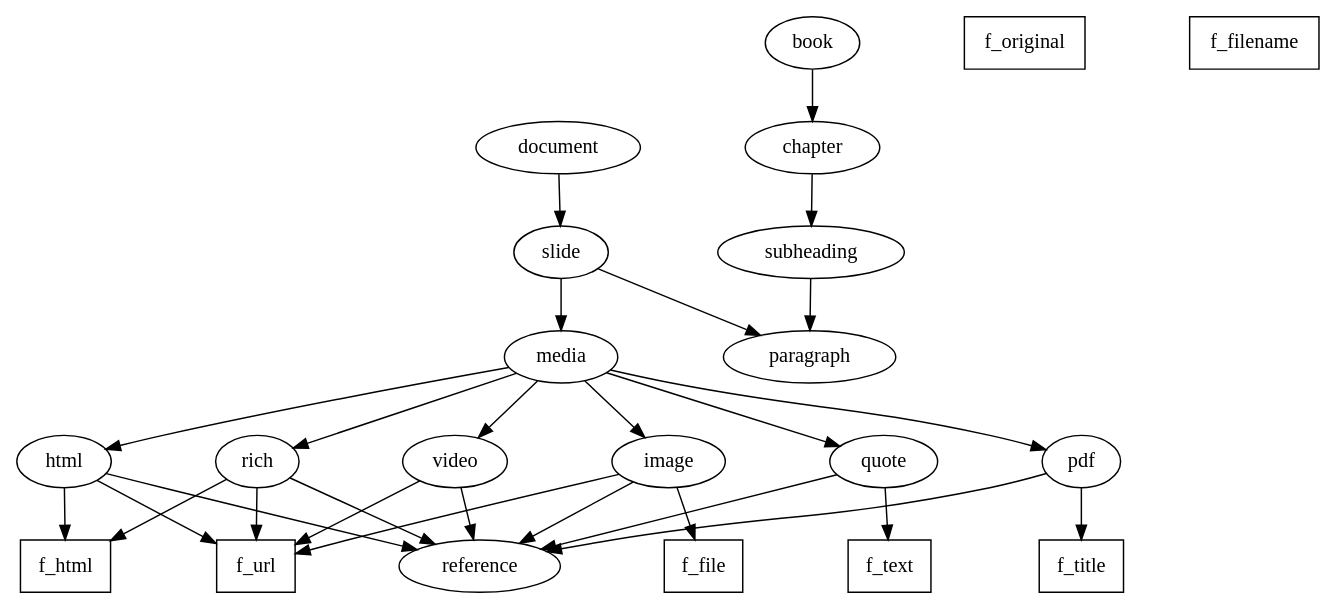
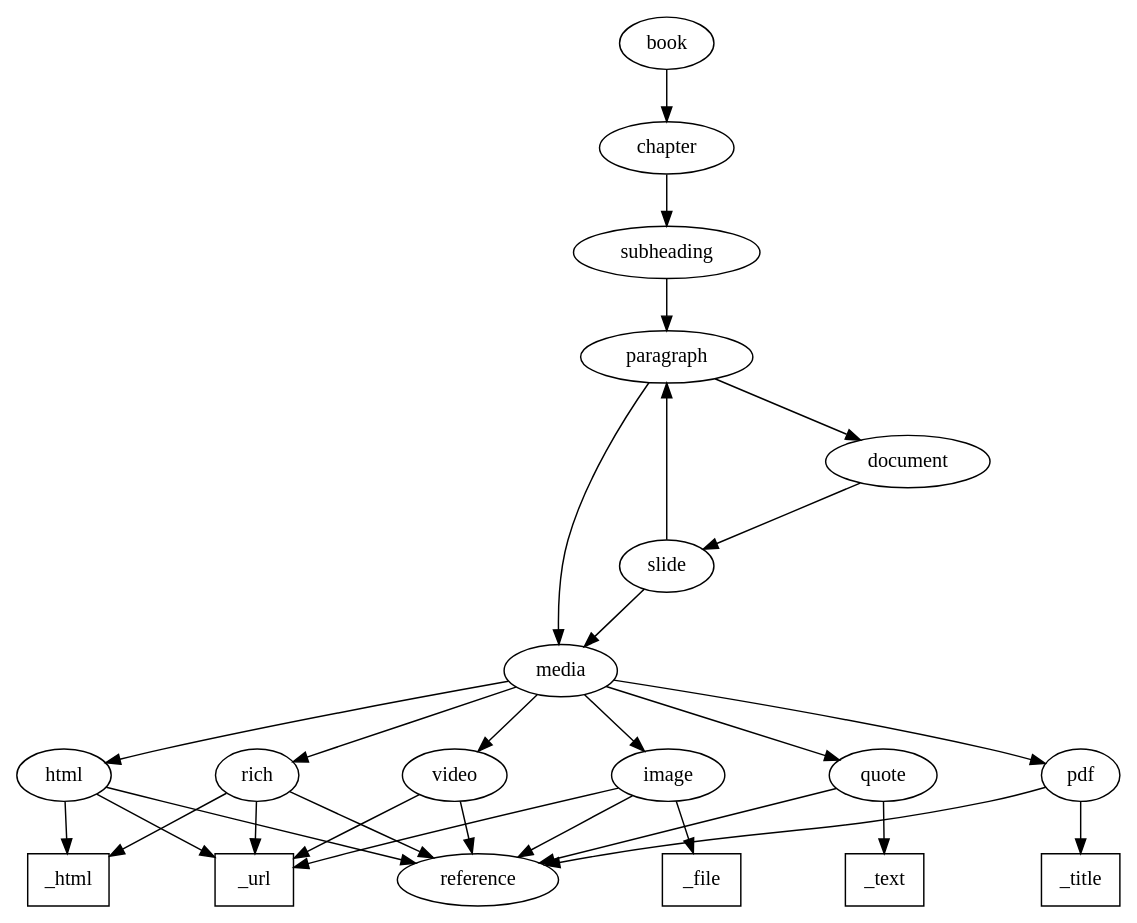
The diagram in docs/aime.dot (medialab/aime-core), drawn with Graphviz before and after one commit.

```diff
--- a/docs/aime.dot
+++ b/docs/aime.dot
@@ -1,27 +1,27 @@
 digraph {
 
   nodesep= 1
   #rankdir="LR"
 
   subgraph {
 
     node [ shape="rectangle"]
-    f_html f_url f_text f_original f_filename f_file f_title
+    _html _url _text _file _title
   }
 
-	book -> chapter -> subheading -> paragraph
+	book -> chapter -> subheading -> paragraph -> { media, document}
 
 	document -> slide -> { media, paragraph }
 
   media -> {html,video,rich,image,quote,pdf}
 
-  video -> {f_url}
-  quote -> {f_text}
-  rich  -> {f_html, f_url}
-  html  -> {f_html, f_url}
-  image -> {f_file, f_url}
-  pdf   -> {f_title}
+  video -> {_url}
+  quote -> {_text}
+  rich  -> {_html, _url}
+  html  -> {_html, _url}
+  image -> {_file, _url}
+  pdf   -> {_title}
 
   {html,video,rich,image,quote,pdf} -> reference
 
 }
```
